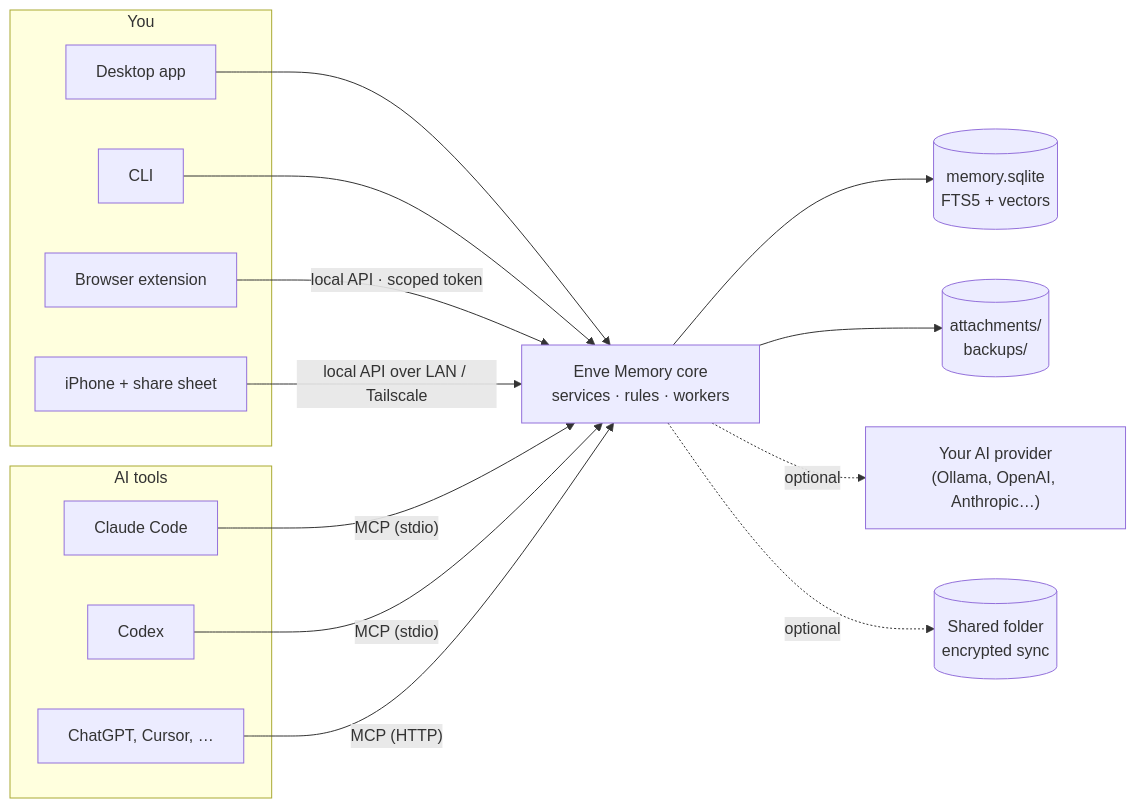
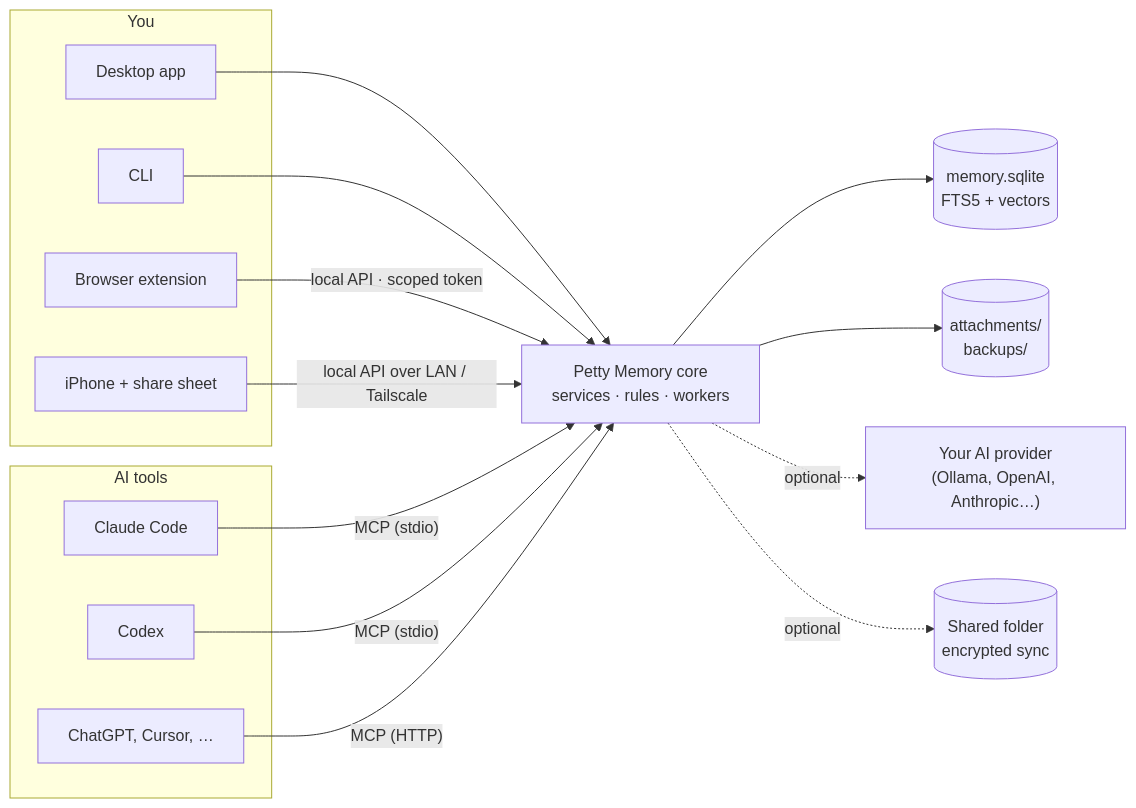
The diagram in README.md (opisaac9001/Enve-Memory), drawn with Mermaid before and after one commit. The commit also changed other lines of this file and 78 other files, not shown here.

Commit message:
Rename app to Petty Memory

````diff
--- a/README.md
+++ b/README.md
@@ -80,25 +80,25 @@
 ```mermaid
 flowchart LR
   subgraph You
     D[Desktop app]
     E[Browser extension]
     P[iPhone + share sheet]
     C[CLI]
   end
   subgraph AI["AI tools"]
     CC[Claude Code]
     CX[Codex]
     O[ChatGPT, Cursor, …]
   end
   D --> Core
   C --> Core
   E -- "local API · scoped token" --> Core
   P -- "local API over LAN / Tailscale" --> Core
   CC -- "MCP (stdio)" --> Core
   CX -- "MCP (stdio)" --> Core
   O -- "MCP (HTTP)" --> Core
-  Core["Enve Memory core<br/>services · rules · workers"] --> DB[("memory.sqlite<br/>FTS5 + vectors")]
+  Core["Petty Memory core<br/>services · rules · workers"] --> DB[("memory.sqlite<br/>FTS5 + vectors")]
   Core --> Files[("attachments/<br/>backups/")]
   Core -. optional .-> LLM["Your AI provider<br/>(Ollama, OpenAI, Anthropic…)"]
   Core -. optional .-> Sync[("Shared folder<br/>encrypted sync")]
 ```
````
